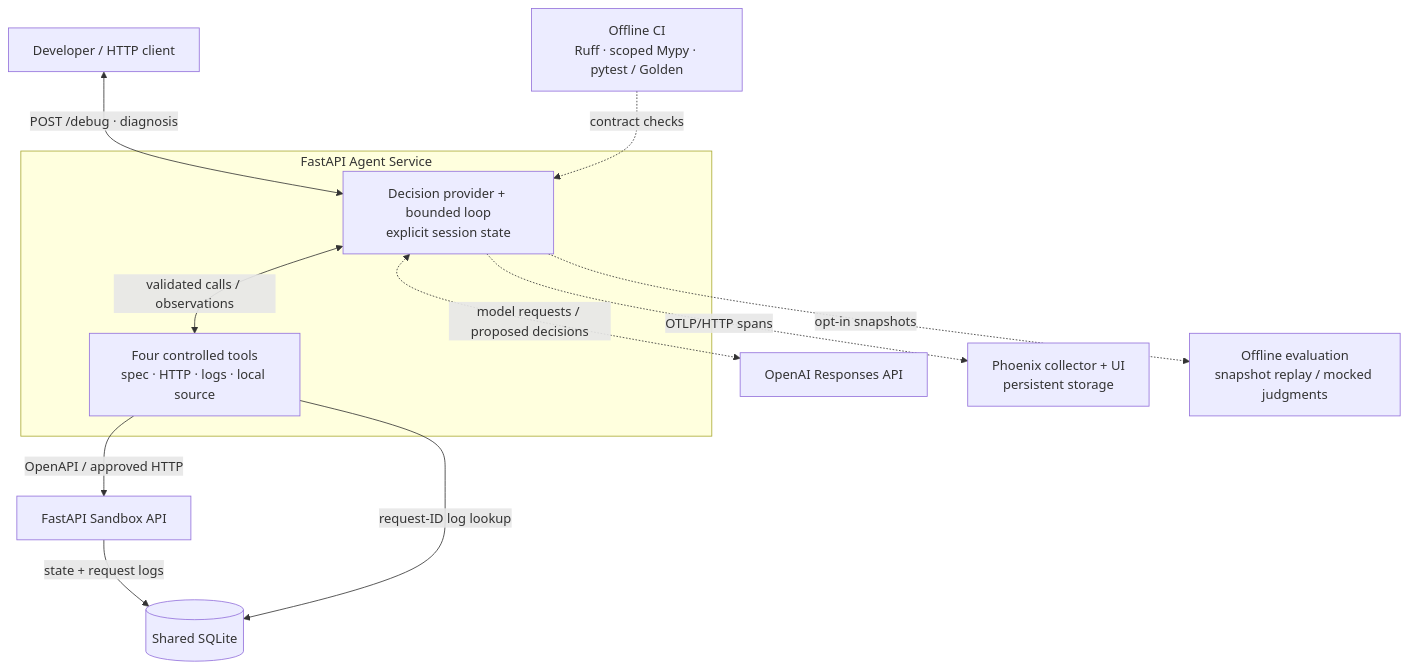
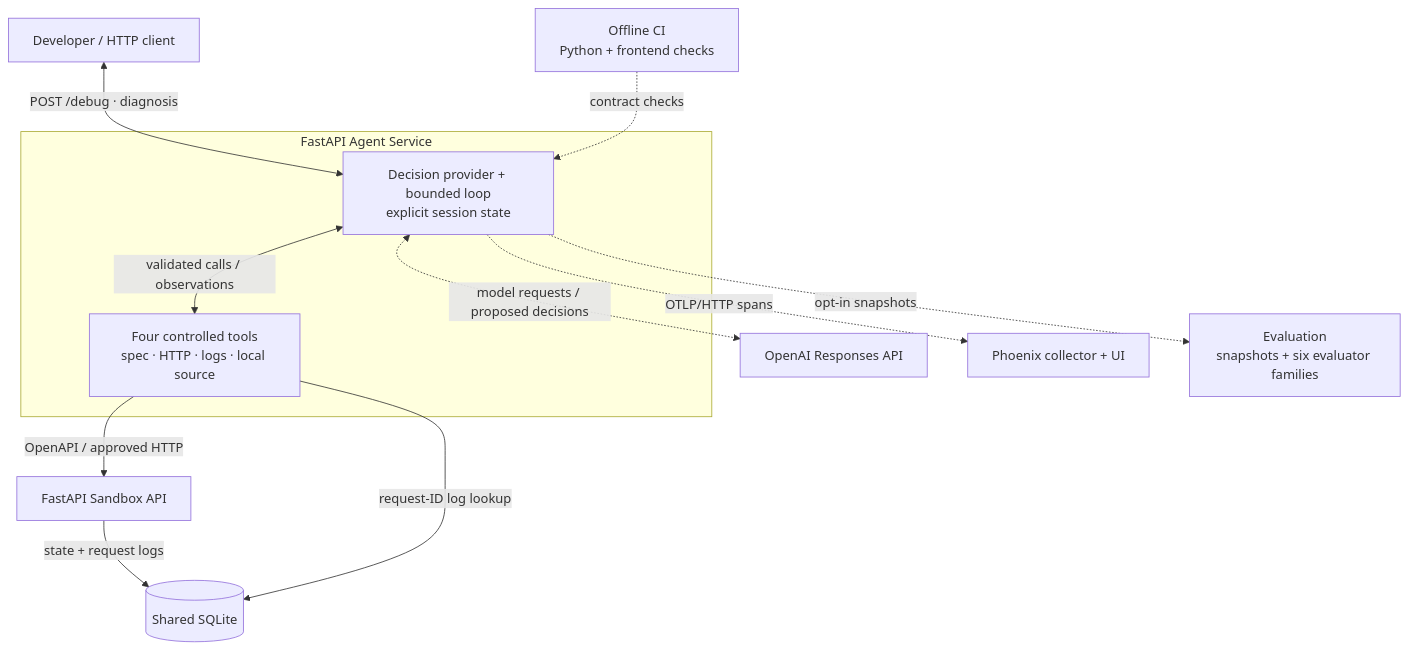
One commit to Daniel23sh/api-debugging-agent changed the diagram in README.md. Above: the diagram before and after it, drawn with Mermaid. The commit also changed other lines of this file and 40 other files, not shown here.

````diff
--- a/README.md
+++ b/README.md
@@ -29,20 +33,20 @@
 ```mermaid
 flowchart TB
     Client["Developer / HTTP client"]
     OpenAI["OpenAI Responses API"]
     subgraph Agent["FastAPI Agent Service"]
         Loop["Decision provider + bounded loop<br/>explicit session state"]
         Tools["Four controlled tools<br/>spec · HTTP · logs · local source"]
         Loop <-->|"validated calls / observations"| Tools
     end
     Client <-->|"POST /debug · diagnosis"| Loop
     Loop <-.->|"model requests / proposed decisions"| OpenAI
     Tools -->|"OpenAPI / approved HTTP"| Sandbox["FastAPI Sandbox API"]
     Sandbox -->|"state + request logs"| SQLite[("Shared SQLite")]
     Tools -->|"request-ID log lookup"| SQLite
-    Loop -.->|"OTLP/HTTP spans"| Phoenix["Phoenix collector + UI<br/>persistent storage"]
-    Evaluation["Offline evaluation<br/>snapshot replay / mocked judgments"]
-    CI["Offline CI<br/>Ruff · scoped Mypy · pytest / Golden"]
+    Loop -.->|"OTLP/HTTP spans"| Phoenix["Phoenix collector + UI"]
+    Evaluation["Evaluation<br/>snapshots + six evaluator families"]
+    CI["Offline CI<br/>Python + frontend checks"]
     Loop -.->|"opt-in snapshots"| Evaluation
     CI -.->|"contract checks"| Loop
 ```
````
